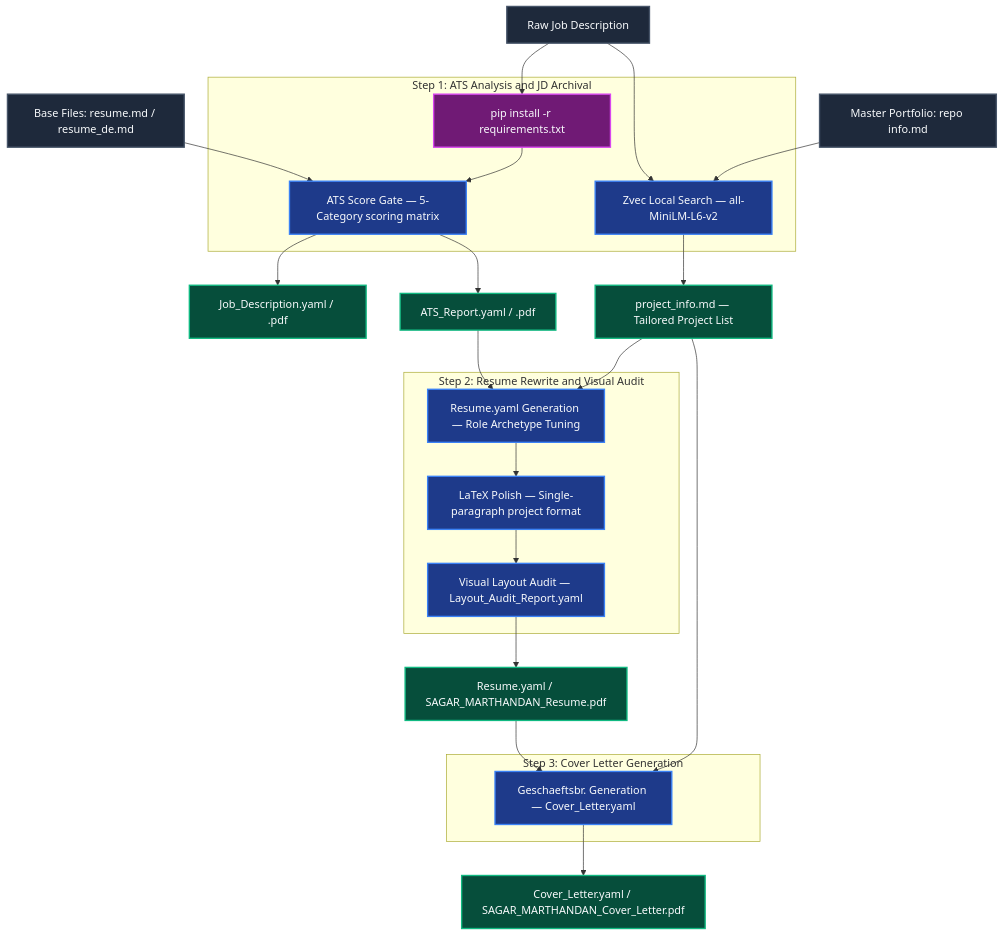
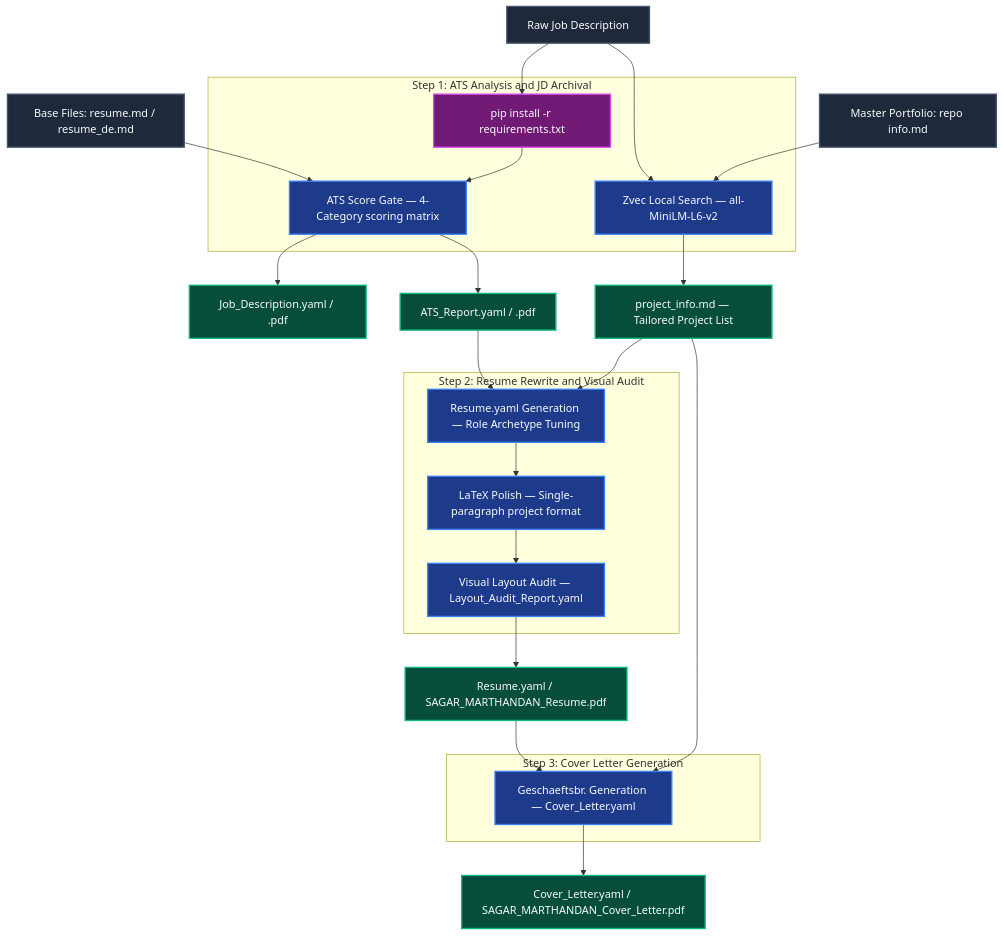
The diagram in README.md (SagarMarthandan/yaml-cv-pipeline), drawn with Mermaid before and after one commit. The commit also changed other lines of this file and 9 other files, not shown here.

````diff
--- a/README.md
+++ b/README.md
@@ -12,58 +12,58 @@
 ```mermaid
 graph TD
     %% Base Styling
     classDef input fill:#1e293b,stroke:#475569,stroke-width:2px,color:#f8fafc;
     classDef processing fill:#1e3a8a,stroke:#3b82f6,stroke-width:2px,color:#f8fafc;
     classDef output fill:#064e3b,stroke:#10b981,stroke-width:2px,color:#f8fafc;
     classDef system fill:#701a75,stroke:#d946ef,stroke-width:2px,color:#f8fafc;
 
     %% Elements
     JD[Raw Job Description]:::input
     BaseFiles["Base Files: resume.md / resume_de.md"]:::input
     RepoInfo["Master Portfolio: repo info.md"]:::input
 
     subgraph Step1 ["Step 1: ATS Analysis and JD Archival"]
         Deps[pip install -r requirements.txt]:::system
-        ATS["ATS Score Gate — 5-Category scoring matrix"]:::processing
+        ATS["ATS Score Gate — 4-Category scoring matrix"]:::processing
         Zvec["Zvec Local Search — all-MiniLM-L6-v2"]:::processing
     end
 
     subgraph Step2 ["Step 2: Resume Rewrite and Visual Audit"]
         Rewrite["Resume.yaml Generation — Role Archetype Tuning"]:::processing
         LaTeX["LaTeX Polish — Single-paragraph project format"]:::processing
         Audit["Visual Layout Audit — Layout_Audit_Report.yaml"]:::processing
     end
 
     subgraph Step3 ["Step 3: Cover Letter Generation"]
         CL["Geschaeftsbr. Generation — Cover_Letter.yaml"]:::processing
     end
 
     %% Pipeline Outputs
     OutJD["Job_Description.yaml / .pdf"]:::output
     OutATS["ATS_Report.yaml / .pdf"]:::output
     OutProj["project_info.md — Tailored Project List"]:::output
     OutRes["Resume.yaml / SAGAR_MARTHANDAN_Resume.pdf"]:::output
     OutCL["Cover_Letter.yaml / SAGAR_MARTHANDAN_Cover_Letter.pdf"]:::output
 
     %% Flow Connections
     JD --> Deps
     Deps --> ATS
     BaseFiles --> ATS
 
     RepoInfo --> Zvec
     JD --> Zvec
 
     ATS --> OutATS
     ATS --> OutJD
     Zvec --> OutProj
 
     OutProj --> Rewrite
     OutATS --> Rewrite
     Rewrite --> LaTeX
     LaTeX --> Audit
     Audit --> OutRes
 
     OutProj --> CL
     OutRes --> CL
     CL --> OutCL
 ```
````
